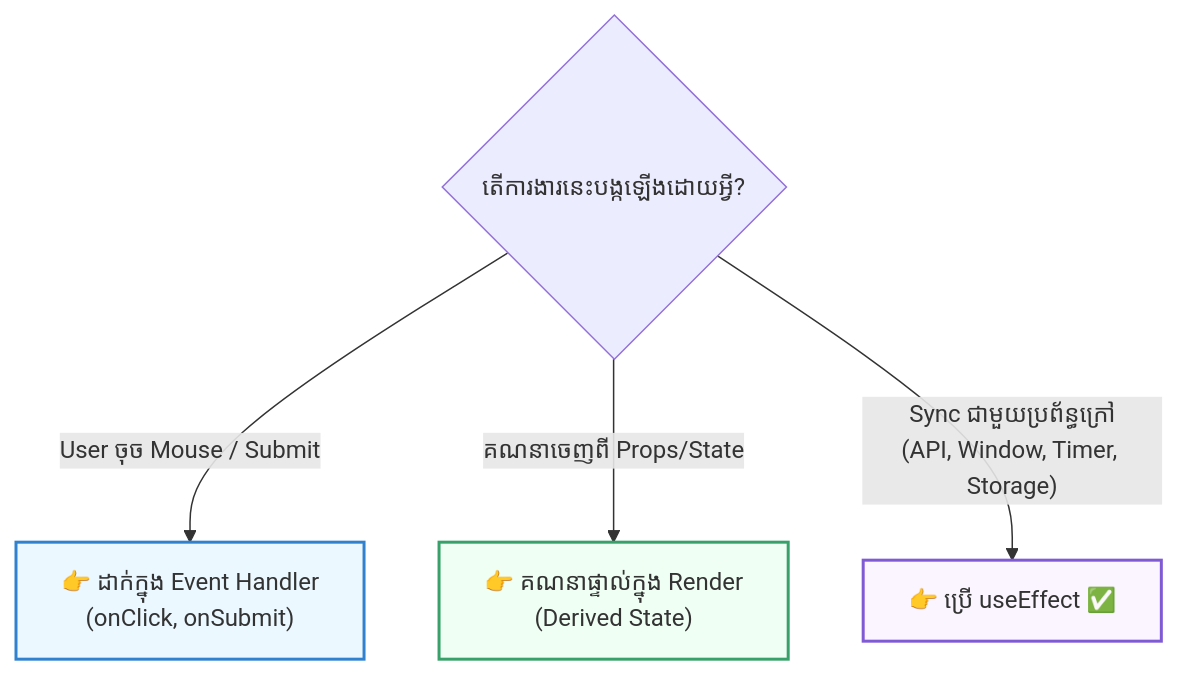
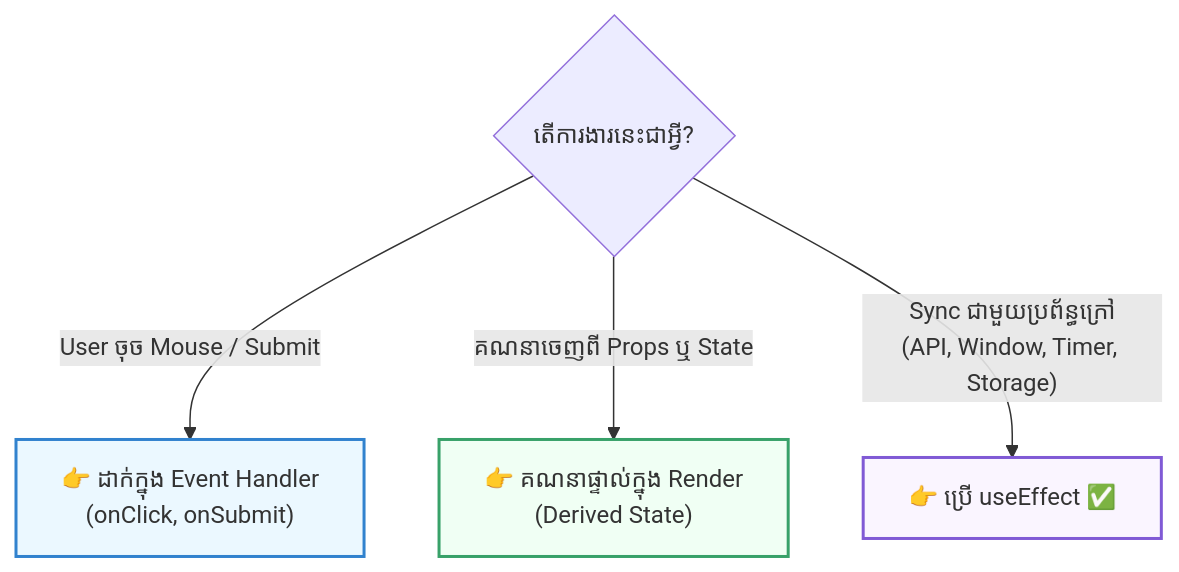
Before and after one commit to Ari-ICU/full-stack-short-coures: the diagram in src/courses/react/module-4-useeffect/05-pitfalls-and-rules.mdx, drawn with Mermaid. The commit also changed other lines of this file and 7 other files, not shown here.

Commit message:
feat: add ReactPitfallsDiagram component and update global state course content to explain derived state and useEffect pitfalls

````diff
--- a/src/courses/react/module-4-useeffect/05-pitfalls-and-rules.mdx
+++ b/src/courses/react/module-4-useeffect/05-pitfalls-and-rules.mdx
@@ -46,12 +50,12 @@
 ```mermaid
 flowchart TD
-    Q{"តើការងារនេះបង្កឡើងដោយអ្វី?"}
+    Q{"តើការងារនេះជាអ្វី?"}
     
     Q -->|"User ចុច Mouse / Submit"| Action["👉 ដាក់ក្នុង Event Handler<br/>(onClick, onSubmit)"]
-    Q -->|"គណនាចេញពី Props/State"| Derived["👉 គណនាផ្ទាល់ក្នុង Render<br/>(Derived State)"]
+    Q -->|"គណនាចេញពី Props ឬ State"| Derived["👉 គណនាផ្ទាល់ក្នុង Render<br/>(Derived State)"]
     Q -->|"Sync ជាមួយប្រព័ន្ធក្រៅ<br/>(API, Window, Timer, Storage)"| Effect["👉 ប្រើ useEffect ✅"]
 
     style Action fill:#ebf8ff,stroke:#3182ce,stroke-width:2px
     style Derived fill:#f0fff4,stroke:#38a169,stroke-width:2px
     style Effect fill:#faf5ff,stroke:#805ad5,stroke-width:2px
 ```
````
